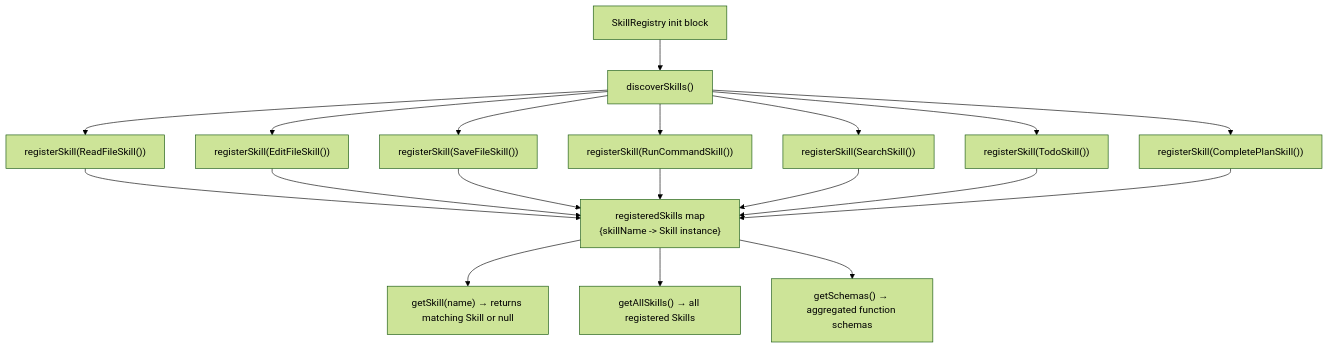
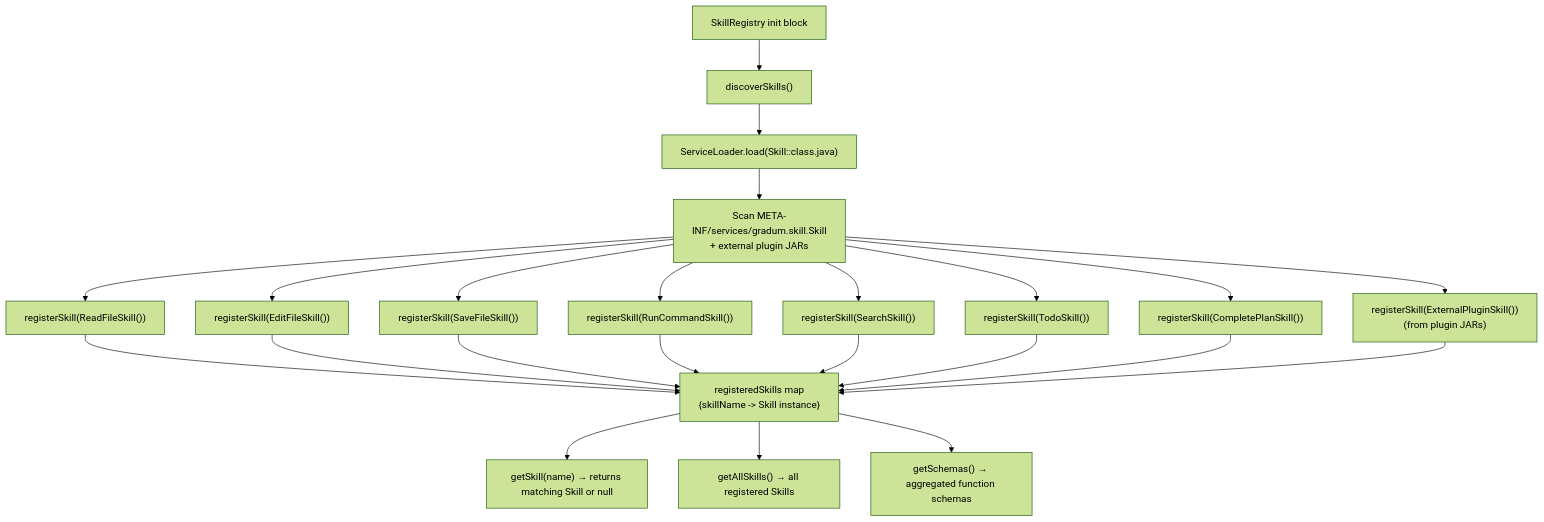
Diagram 21 of 27 in docs/ARCHITECTURE.md (lg841226/Gradum), drawn with Mermaid (forest theme) before and after one commit. The commit also changed other lines of this file and 6 other files, not shown here.

First line of the commit message:
refactor(skills): discover built-in skills via Java ServiceLoader

````diff
--- a/docs/ARCHITECTURE.md
+++ b/docs/ARCHITECTURE.md
@@ -1131,23 +1134,27 @@
 ```mermaid
 flowchart TB
     INIT["SkillRegistry init block"] --> DISCOVER["discoverSkills()"]
-    DISCOVER --> R1["registerSkill(ReadFileSkill())"]
-    DISCOVER --> R2["registerSkill(EditFileSkill())"]
-    DISCOVER --> R3["registerSkill(SaveFileSkill())"]
-    DISCOVER --> R4["registerSkill(RunCommandSkill())"]
-    DISCOVER --> R5["registerSkill(SearchSkill())"]
-    DISCOVER --> R6["registerSkill(TodoSkill())"]
-    DISCOVER --> R7["registerSkill(CompletePlanSkill())"]
+    DISCOVER --> LOADER["ServiceLoader.load(Skill::class.java)"]
+    LOADER --> SCAN["Scan META-INF/services/gradum.skill.Skill<br/>+ external plugin JARs"]
+    SCAN --> R1["registerSkill(ReadFileSkill())"]
+    SCAN --> R2["registerSkill(EditFileSkill())"]
+    SCAN --> R3["registerSkill(SaveFileSkill())"]
+    SCAN --> R4["registerSkill(RunCommandSkill())"]
+    SCAN --> R5["registerSkill(SearchSkill())"]
+    SCAN --> R6["registerSkill(TodoSkill())"]
+    SCAN --> R7["registerSkill(CompletePlanSkill())"]
+    SCAN --> R8["registerSkill(ExternalPluginSkill())<br/>(from plugin JARs)"]
 
     R1 --> REG["registeredSkills map<br/>{skillName -> Skill instance}"]
     R2 --> REG
     R3 --> REG
     R4 --> REG
     R5 --> REG
     R6 --> REG
     R7 --> REG
+    R8 --> REG
 
     REG --> LOOKUP["getSkill(name) → returns matching Skill or null"]
     REG --> ALL["getAllSkills() → all registered Skills"]
     REG --> SCH["getSchemas() → aggregated function schemas"]
 ```
````
